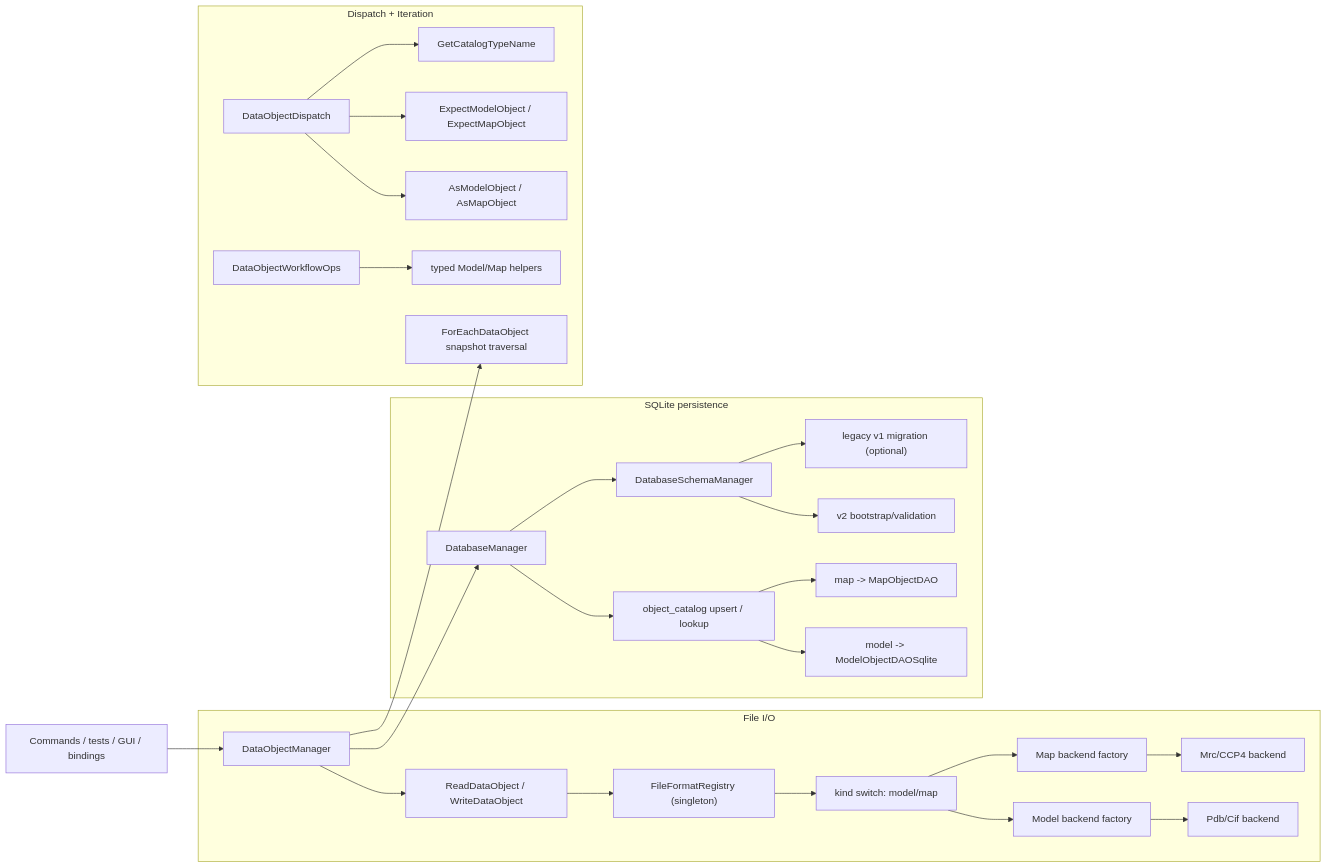
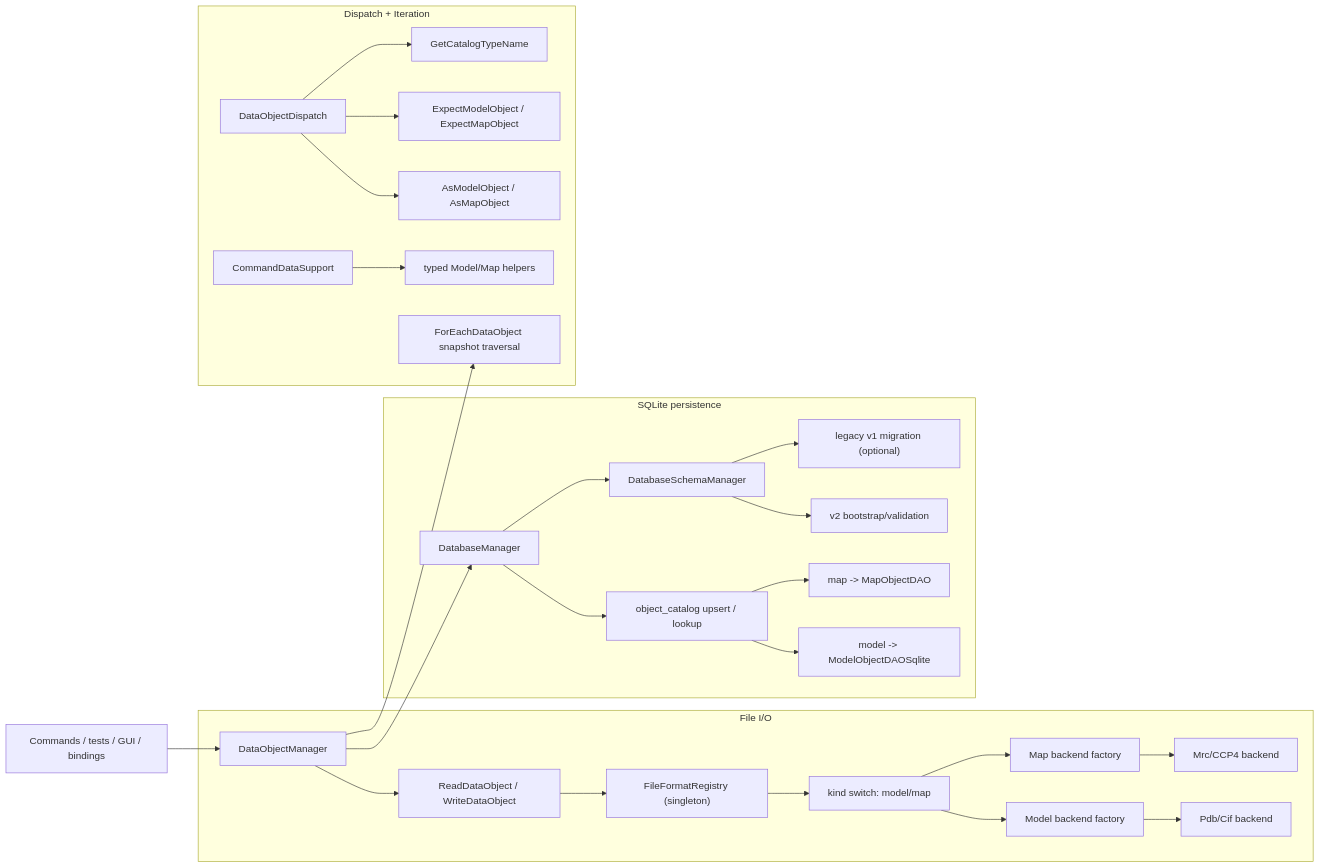
One commit to yslianTim/rhbm_gem changed the diagram in docs/developer/architecture/dataobject-io-architecture.md. Above: the diagram before and after it, drawn with Mermaid. The commit also changed other lines of this file and 75 other files, not shown here.

````diff
--- a/docs/developer/architecture/dataobject-io-architecture.md
+++ b/docs/developer/architecture/dataobject-io-architecture.md
@@ -39,32 +39,32 @@
 ```mermaid
 flowchart LR
     A["Commands / tests / GUI / bindings"] --> B["DataObjectManager"]
 
     subgraph F["File I/O"]
       B --> C["ReadDataObject / WriteDataObject"]
       C --> D["FileFormatRegistry (singleton)"]
       D --> E["kind switch: model/map"]
       E --> F1["Model backend factory"]
       E --> F2["Map backend factory"]
       F1 --> G1["Pdb/Cif backend"]
       F2 --> G2["Mrc/CCP4 backend"]
     end
 
     subgraph P["SQLite persistence"]
       B --> H["DatabaseManager"]
       H --> I["object_catalog upsert / lookup"]
       I --> J["model -> ModelObjectDAOSqlite"]
       I --> K["map -> MapObjectDAO"]
       H --> L["DatabaseSchemaManager"]
       L --> M["v2 bootstrap/validation"]
       L --> N["legacy v1 migration (optional)"]
     end
 
     subgraph D2["Dispatch + Iteration"]
       B --> Q["ForEachDataObject snapshot traversal"]
       R["DataObjectDispatch"] --> R1["AsModelObject / AsMapObject"]
       R --> R2["ExpectModelObject / ExpectMapObject"]
       R --> R3["GetCatalogTypeName"]
-      S["DataObjectWorkflowOps"] --> S1["typed Model/Map helpers"]
+      S["CommandDataSupport"] --> S1["typed Model/Map helpers"]
     end
 ```
````
